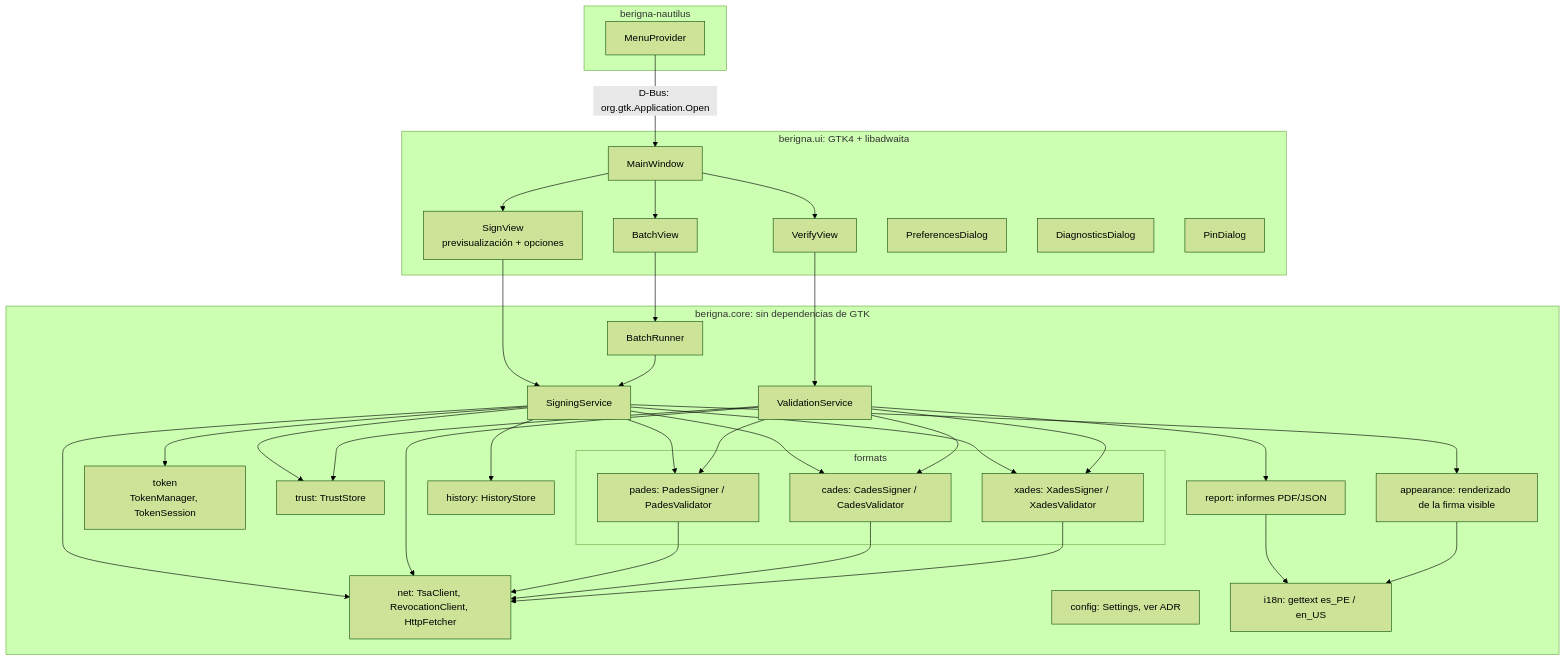
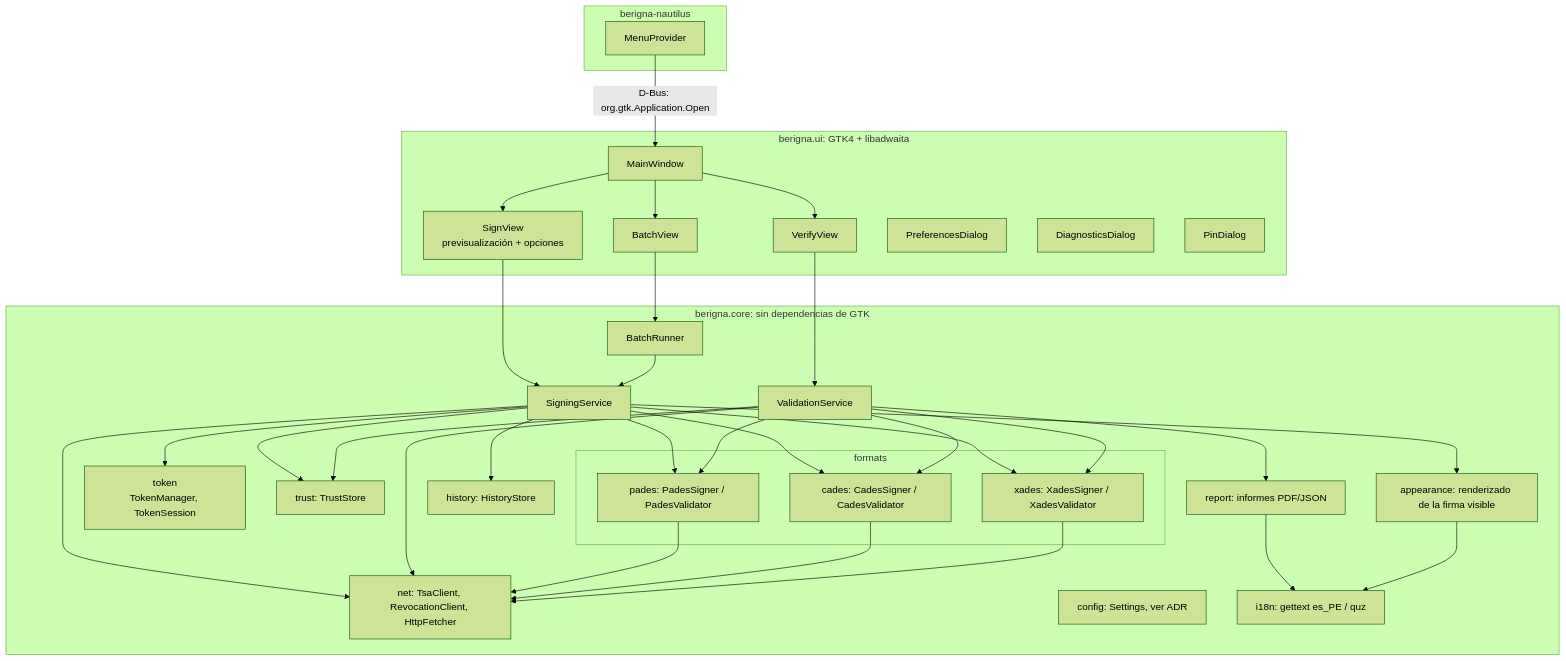
Before and after one commit to noggalito/berigna: the second of 2 diagrams in docs/04-arquitectura/arquitectura-general.md, drawn with Mermaid (forest theme). The commit also changed other lines of this file and 17 other files, not shown here.

````diff
--- a/docs/04-arquitectura/arquitectura-general.md
+++ b/docs/04-arquitectura/arquitectura-general.md
@@ -48,45 +48,45 @@
 ```mermaid
 flowchart TB
   subgraph ui[berigna.ui: GTK4 + libadwaita]
     win[MainWindow]
     sign_view[SignView<br/>previsualización + opciones]
     verify_view[VerifyView]
     batch_view[BatchView]
     prefs[PreferencesDialog]
     diag[DiagnosticsDialog]
     pin[PinDialog]
   end
 
   subgraph core[berigna.core: sin dependencias de GTK]
     svc_sign[SigningService]
     svc_verify[ValidationService]
     svc_batch[BatchRunner]
     token[token<br/>TokenManager, TokenSession]
     subgraph fmt[formats]
       pades[pades: PadesSigner / PadesValidator]
       cades[cades: CadesSigner / CadesValidator]
       xades[xades: XadesSigner / XadesValidator]
     end
     trust[trust: TrustStore]
     net[net: TsaClient, RevocationClient, HttpFetcher]
     appearance[appearance: renderizado de la firma visible]
     settings[config: Settings, ver ADR]
     history[history: HistoryStore]
     report[report: informes PDF/JSON]
-    i18n[i18n: gettext es_PE / en_US]
+    i18n[i18n: gettext es_PE / quz]
   end
 
   subgraph ext[berigna-nautilus]
     menu[MenuProvider]
   end
 
   menu -- "D-Bus: org.gtk.Application.Open" --> win
   win --> sign_view & verify_view & batch_view
   sign_view --> svc_sign
   verify_view --> svc_verify
   batch_view --> svc_batch --> svc_sign
   svc_sign --> token & pades & cades & xades & trust & net & appearance & history
   svc_verify --> pades & cades & xades & trust & net & report
   pades & cades & xades --> net
   report & appearance --> i18n
 ```
````
